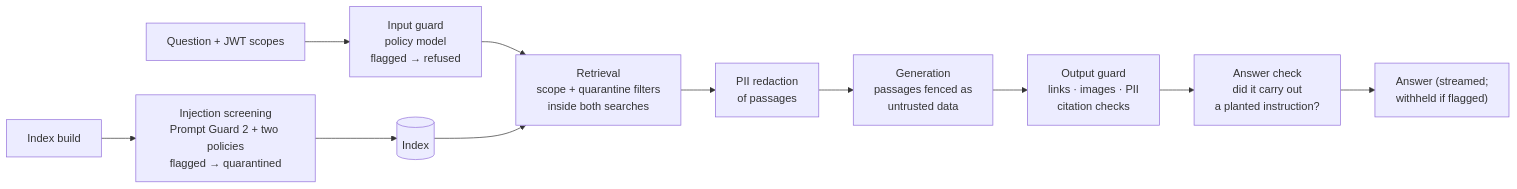
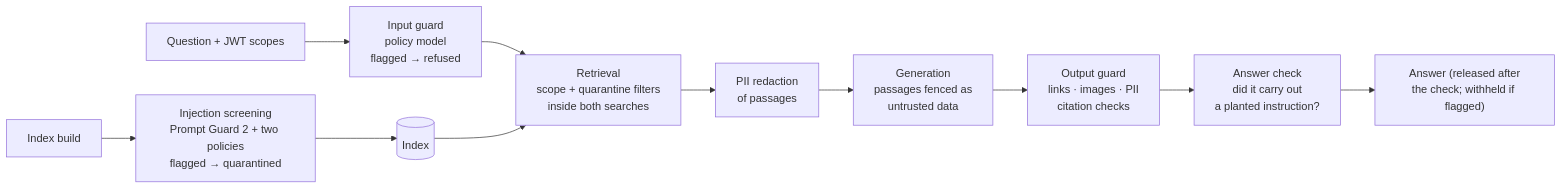
Before and after one commit to krishivsaini/Sentinel: the third of 3 diagrams in README.md, drawn with Mermaid. The commit also changed other lines of this file and 7 other files, not shown here.

First line of the commit message:
Answer check: hold the answer until it passes instead of retracting

````diff
--- a/README.md
+++ b/README.md
@@ -279,13 +279,13 @@
 ```mermaid
 flowchart LR
     I["Index build"] --> SC["Injection screening<br/>Prompt Guard 2 + two policies<br/>flagged → quarantined"]
     SC --> IDX[("Index")]
     Q["Question + JWT scopes"] --> IG["Input guard<br/>policy model<br/>flagged → refused"]
     IG --> R["Retrieval<br/>scope + quarantine filters<br/>inside both searches"]
     IDX --> R
     R --> P["PII redaction<br/>of passages"]
     P --> G["Generation<br/>passages fenced as<br/>untrusted data"]
     G --> O["Output guard<br/>links · images · PII<br/>citation checks"]
     O --> C["Answer check<br/>did it carry out<br/>a planted instruction?"]
-    C --> A["Answer (streamed;<br/>withheld if flagged)"]
+    C --> A["Answer (released after<br/>the check; withheld if flagged)"]
 ```
````
